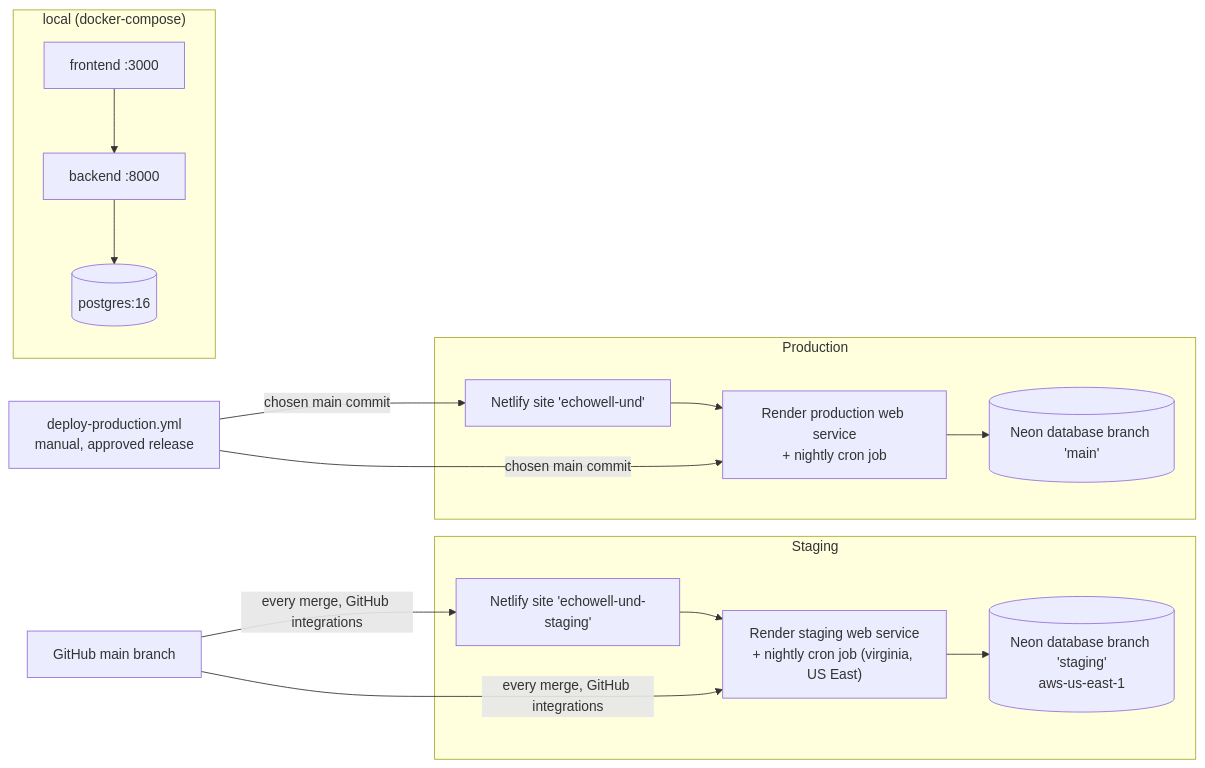
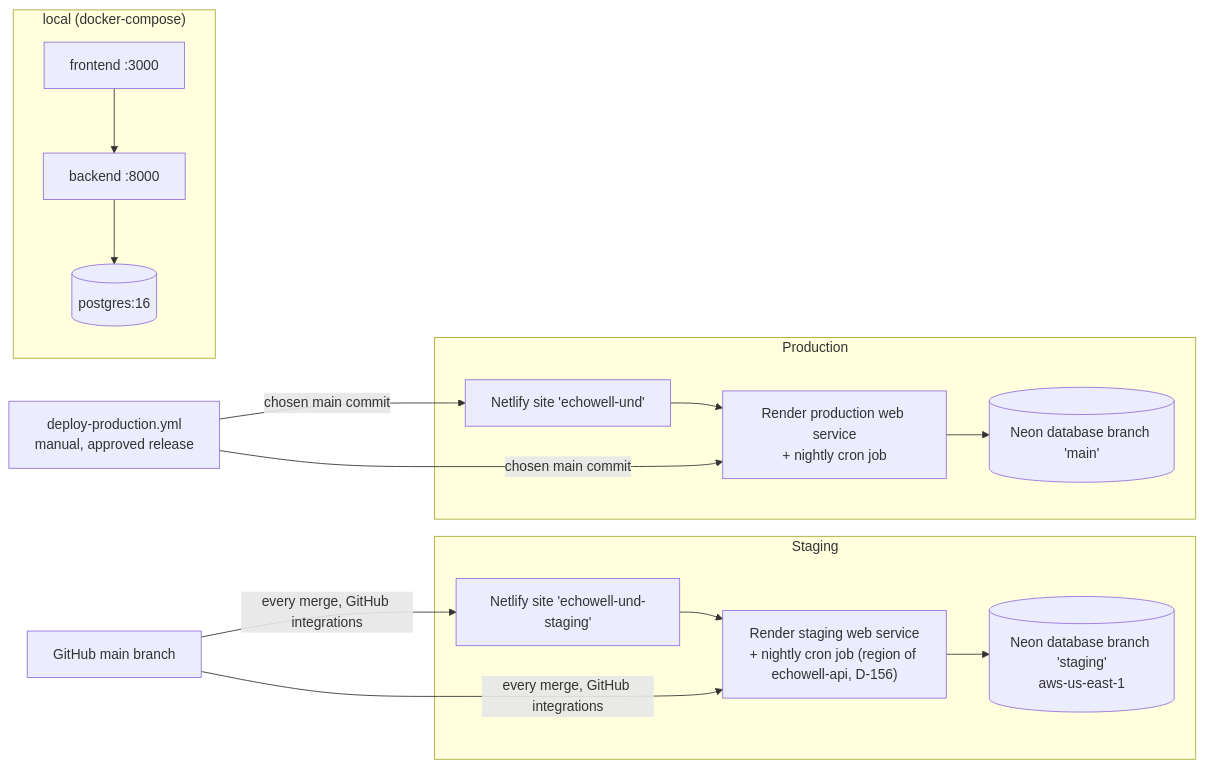
Before and after one commit to EchoWellApp/echowell: the sixth of 7 diagrams in specs/TRD/01_System_Architecture_TRD.md, drawn with Mermaid. The commit also changed other lines of this file and 12 other files, not shown here.

First line of the commit message:
PR #30 review: echowell-api is staging, region placeholder, Starter, confirmed Render behaviour, RSK-17 (D-154..D-158)

````diff
--- a/specs/TRD/01_System_Architecture_TRD.md
+++ b/specs/TRD/01_System_Architecture_TRD.md
@@ -341,14 +341,14 @@
 ```mermaid
 flowchart LR
     subgraph Local["local (docker-compose)"]
         LF["frontend :3000"] --> LB["backend :8000"] --> LP[("postgres:16")]
     end
     subgraph Staging
-        SF["Netlify site 'echowell-und-staging'"] --> SB["Render staging web service<br/>+ nightly cron job (virginia, US East)"] --> SP[("Neon database branch 'staging'<br/>aws-us-east-1")]
+        SF["Netlify site 'echowell-und-staging'"] --> SB["Render staging web service<br/>+ nightly cron job (region of echowell-api, D-156)"] --> SP[("Neon database branch 'staging'<br/>aws-us-east-1")]
     end
     subgraph Production
         PF["Netlify site 'echowell-und'"] --> PB["Render production web service<br/>+ nightly cron job"] --> PP[("Neon database branch 'main'")]
     end
     GH["GitHub main branch"] -->|every merge, GitHub integrations| SF & SB
     REL["deploy-production.yml<br/>manual, approved release"] -->|chosen main commit| PF & PB
 ```
````
